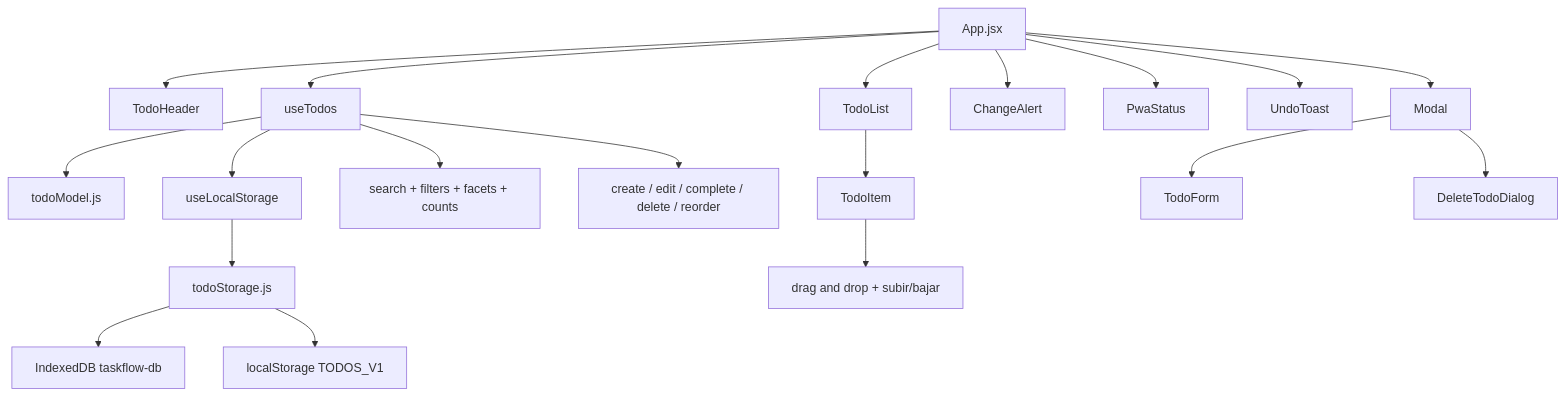
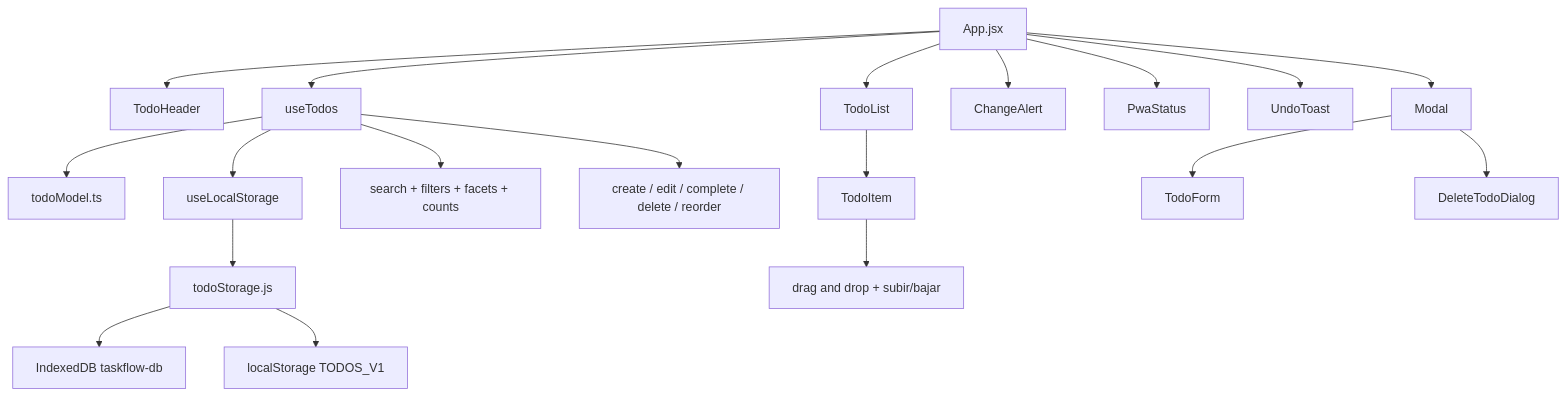
The diagram in README.md (LeandroMelchiori/React-ToDoList), drawn with Mermaid before and after one commit. The commit also changed other lines of this file, not shown here.

````diff
--- a/README.md
+++ b/README.md
@@ -101,21 +102,21 @@
 ```mermaid
 flowchart TD
   App["App.jsx"] --> Header["TodoHeader"]
   App --> List["TodoList"]
   App --> Modal["Modal"]
   App --> Alert["ChangeAlert"]
   App --> PWA["PwaStatus"]
   App --> Undo["UndoToast"]
   App --> Todos["useTodos"]
-  Todos --> Model["todoModel.js"]
+  Todos --> Model["todoModel.ts"]
   Todos --> Storage["useLocalStorage"]
   Storage --> Adapter["todoStorage.js"]
   Adapter --> IndexedDB["IndexedDB taskflow-db"]
   Adapter --> LocalStorage["localStorage TODOS_V1"]
   Todos --> Filters["search + filters + facets + counts"]
   Todos --> Actions["create / edit / complete / delete / reorder"]
   List --> Item["TodoItem"]
   Item --> Order["drag and drop + subir/bajar"]
   Modal --> Form["TodoForm"]
   Modal --> DeleteDialog["DeleteTodoDialog"]
 ```
````
